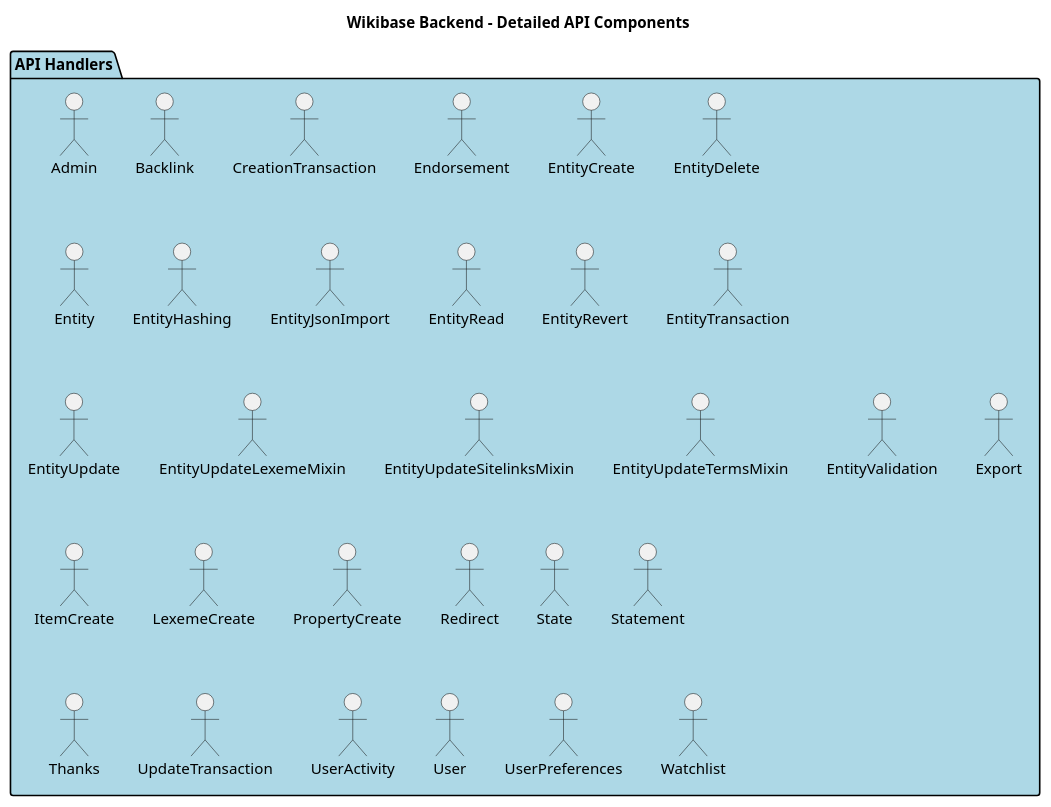
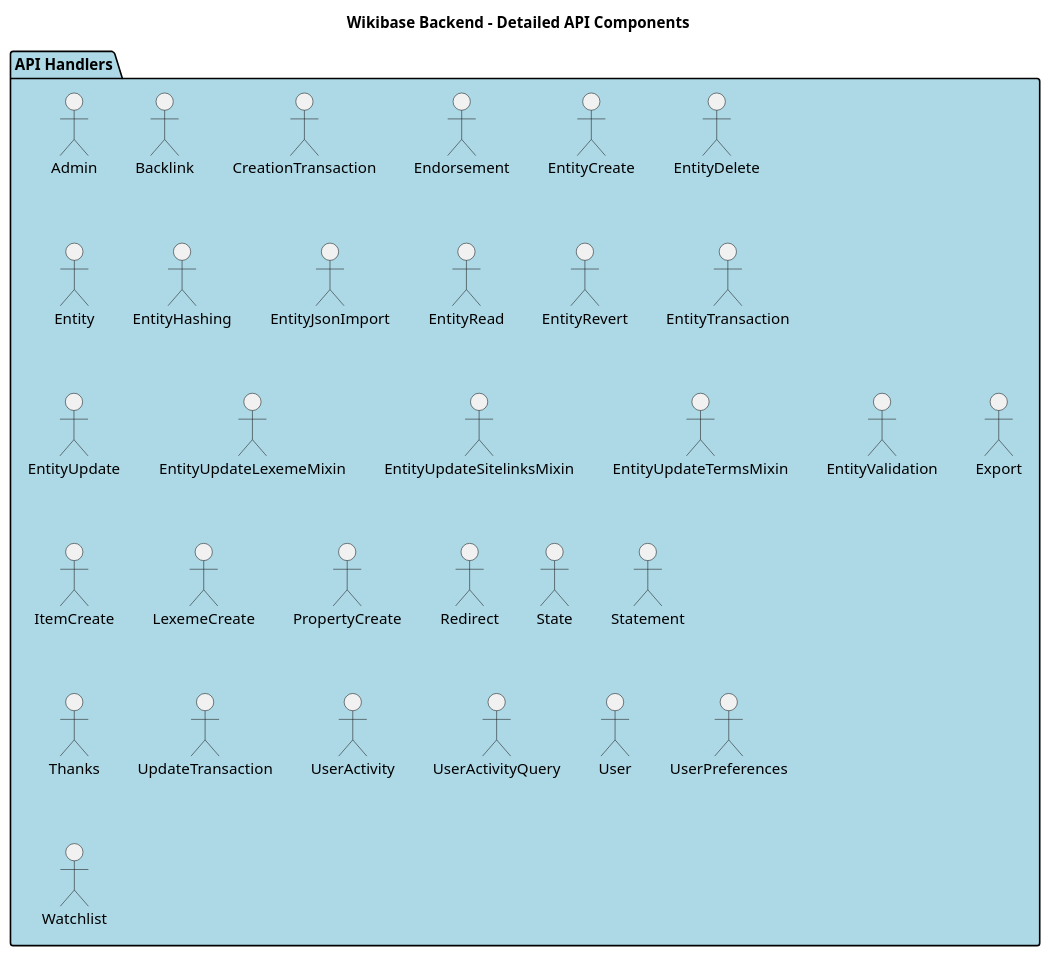
One commit to dpriskorn/entitybase-backend changed the diagram in docs/DIAGRAMS/detailed_api_components.puml. Above: the diagram before and after it, drawn with PlantUML. The commit also changed 39 other files, not shown here.

```diff
--- a/docs/DIAGRAMS/detailed_api_components.puml
+++ b/docs/DIAGRAMS/detailed_api_components.puml
@@ -1,38 +1,39 @@
 @startuml Detailed API Components
 
 title Wikibase Backend - Detailed API Components
 
 package "API Handlers" as APIHandlers #LightBlue {
     "Admin" as AdminHandler
     "Backlink" as BacklinkHandler
     "CreationTransaction" as CreationTransaction
     "Endorsement" as EndorsementHandler
     "EntityCreate" as EntityCreateHandler
     "EntityDelete" as EntityDeleteHandler
     "Entity" as EntityHandler
     "EntityHashing" as EntityHashingService
     "EntityJsonImport" as EntityJsonImportHandler
     "EntityRead" as EntityReadHandler
     "EntityRevert" as EntityRevertHandler
     "EntityTransaction" as EntityTransaction
     "EntityUpdate" as EntityUpdateHandler
     "EntityUpdateLexemeMixin" as EntityUpdateLexemeMixin
     "EntityUpdateSitelinksMixin" as EntityUpdateSitelinksMixin
     "EntityUpdateTermsMixin" as EntityUpdateTermsMixin
     "EntityValidation" as EntityValidationService
     "Export" as ExportHandler
     "ItemCreate" as ItemCreateHandler
     "LexemeCreate" as LexemeCreateHandler
     "PropertyCreate" as PropertyCreateHandler
     "Redirect" as RedirectHandler
     "State" as StateHandler
     "Statement" as StatementHandler
     "Thanks" as ThanksHandler
     "UpdateTransaction" as UpdateTransaction
     "UserActivity" as UserActivityHandler
+    "UserActivityQuery" as UserActivityQuery
     "User" as UserHandler
     "UserPreferences" as UserPreferencesHandler
     "Watchlist" as WatchlistHandler
 }
 
 @enduml
```
